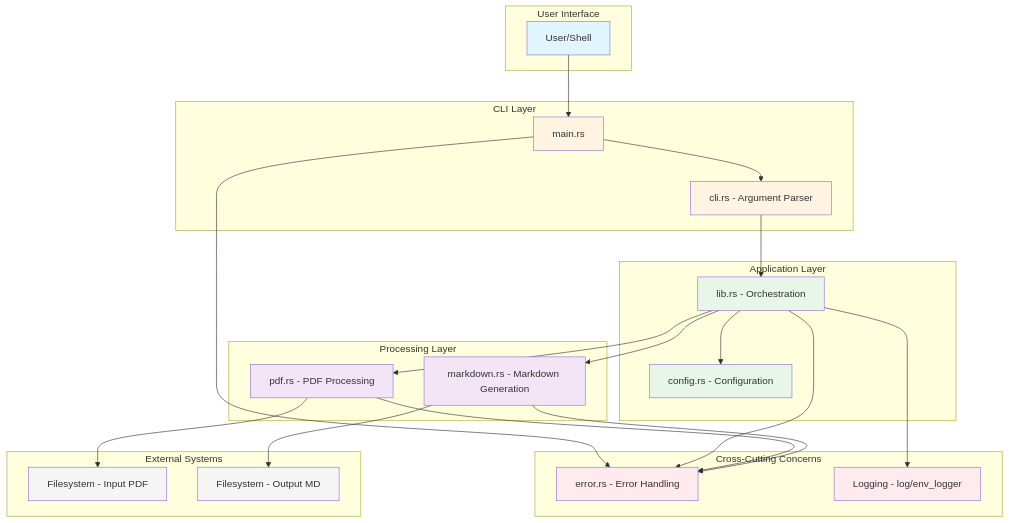
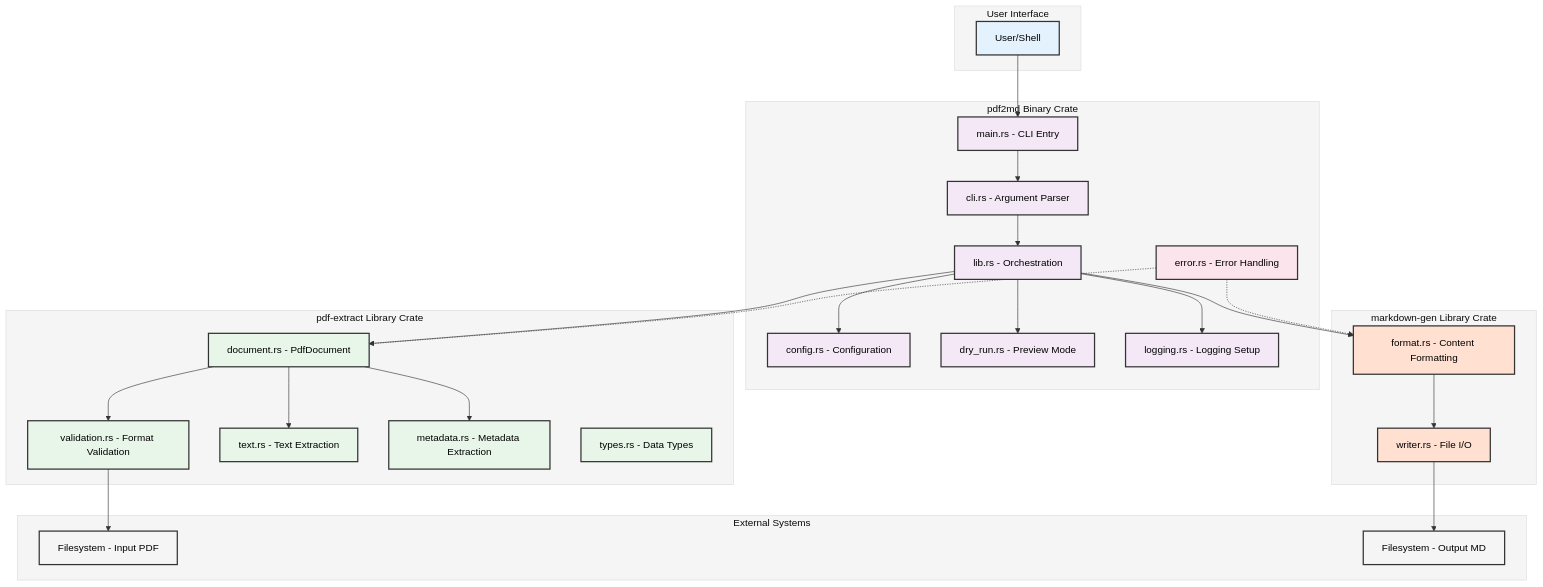
The first of 8 diagrams in wiki/Architecture-Diagrams.md (softwarewrighter/pdf2md), drawn with Mermaid before and after one commit. The commit also changed other lines of this file and 12 other files, not shown here.

First line of the commit message:
docs: update wiki and docs for workspace architecture

````diff
--- a/wiki/Architecture-Diagrams.md
+++ b/wiki/Architecture-Diagrams.md
@@ -9,57 +9,70 @@
 ```mermaid
+%%{init: {'theme':'base', 'themeVariables': {'primaryColor':'#f5f5f5','primaryTextColor':'#000','primaryBorderColor':'#333','lineColor':'#333','secondaryColor':'#f5f5f5','tertiaryColor':'#f5f5f5'}}}%%
 graph TB
     subgraph "User Interface"
         A[User/Shell]
     end
 
-    subgraph "CLI Layer"
-        B[main.rs]
+    subgraph "pdf2md Binary Crate"
+        B[main.rs - CLI Entry]
         C[cli.rs - Argument Parser]
+        D[lib.rs - Orchestration]
+        E[config.rs - Configuration]
+        F[error.rs - Error Handling]
+        G[dry_run.rs - Preview Mode]
+        H[logging.rs - Logging Setup]
     end
 
-    subgraph "Application Layer"
-        D[lib.rs - Orchestration]
-        E[config.rs - Configuration]
+    subgraph "pdf-extract Library Crate"
+        I[document.rs - PdfDocument]
+        J[validation.rs - Format Validation]
+        K[text.rs - Text Extraction]
+        L[metadata.rs - Metadata Extraction]
+        M[types.rs - Data Types]
     end
 
-    subgraph "Processing Layer"
-        F[pdf.rs - PDF Processing]
-        G[markdown.rs - Markdown Generation]
-    end
-
-    subgraph "Cross-Cutting Concerns"
-        H[error.rs - Error Handling]
-        I[Logging - log/env_logger]
+    subgraph "markdown-gen Library Crate"
+        N[format.rs - Content Formatting]
+        O[writer.rs - File I/O]
     end
 
     subgraph "External Systems"
-        J[Filesystem - Input PDF]
-        K[Filesystem - Output MD]
+        P[Filesystem - Input PDF]
+        Q[Filesystem - Output MD]
     end
 
     A --> B
     B --> C
     C --> D
     D --> E
-    D --> F
     D --> G
+    D --> H
     D --> I
-    F --> J
-    G --> K
-    B --> H
-    D --> H
-    F --> H
-    G --> H
+    D --> N
+    I --> J
+    I --> K
+    I --> L
+    N --> O
+    J --> P
+    O --> Q
+    F -.-> I
+    F -.-> N
 
-    style A fill:#e1f5ff
-    style B fill:#fff4e1
-    style C fill:#fff4e1
-    style D fill:#e8f5e9
-    style E fill:#e8f5e9
-    style F fill:#f3e5f5
-    style G fill:#f3e5f5
-    style H fill:#ffebee
-    style I fill:#ffebee
-    style J fill:#f5f5f5
-    style K fill:#f5f5f5
+    style A fill:#e3f2fd,stroke:#333,stroke-width:2px,color:#000
+    style B fill:#f4e8f7,stroke:#333,stroke-width:2px,color:#000
+    style C fill:#f4e8f7,stroke:#333,stroke-width:2px,color:#000
+    style D fill:#f4e8f7,stroke:#333,stroke-width:2px,color:#000
+    style E fill:#f4e8f7,stroke:#333,stroke-width:2px,color:#000
+    style F fill:#fce4ec,stroke:#333,stroke-width:2px,color:#000
+    style G fill:#f4e8f7,stroke:#333,stroke-width:2px,color:#000
+    style H fill:#f4e8f7,stroke:#333,stroke-width:2px,color:#000
+    style I fill:#e8f5e9,stroke:#333,stroke-width:2px,color:#000
+    style J fill:#e8f5e9,stroke:#333,stroke-width:2px,color:#000
+    style K fill:#e8f5e9,stroke:#333,stroke-width:2px,color:#000
+    style L fill:#e8f5e9,stroke:#333,stroke-width:2px,color:#000
+    style M fill:#e8f5e9,stroke:#333,stroke-width:2px,color:#000
+    style N fill:#ffe0d1,stroke:#333,stroke-width:2px,color:#000
+    style O fill:#ffe0d1,stroke:#333,stroke-width:2px,color:#000
+    style P fill:#f5f5f5,stroke:#333,stroke-width:2px,color:#000
+    style Q fill:#f5f5f5,stroke:#333,stroke-width:2px,color:#000
 ```
````
